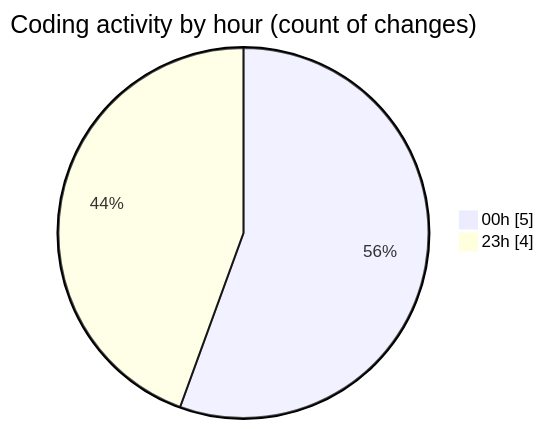
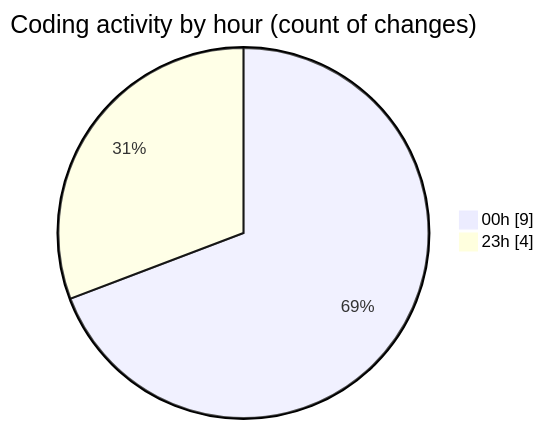
Before and after one commit to julien-gomy/code-tracking: the second of 2 diagrams in 2025-11-23/eventscop-frontend-guide__workspace_/README.md, drawn with Mermaid. The commit also changed other lines of this file and 1 other file, not shown here.

````diff
--- a/2025-11-23/eventscop-frontend-guide__workspace_/README.md
+++ b/2025-11-23/eventscop-frontend-guide__workspace_/README.md
@@ -32,6 +34,6 @@
 ```mermaid
 pie showData
 title Coding activity by hour (count of changes)
-"00h" : 5
+"00h" : 9
 "23h" : 4
 ```
````
